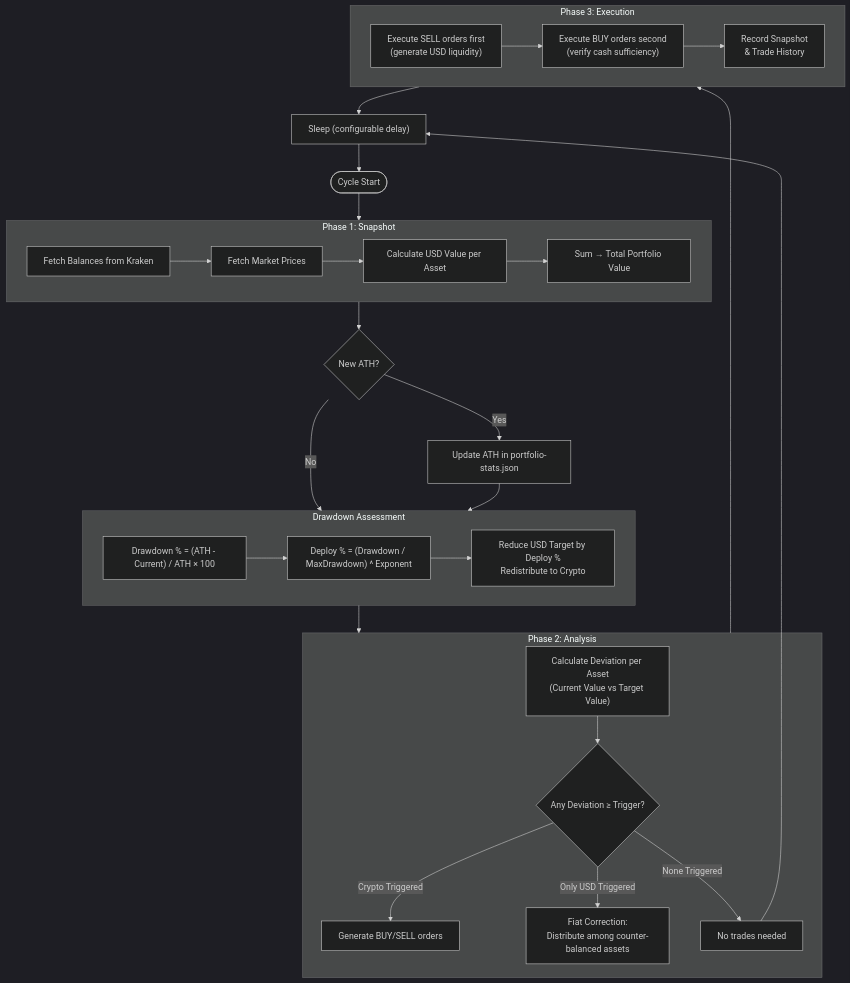
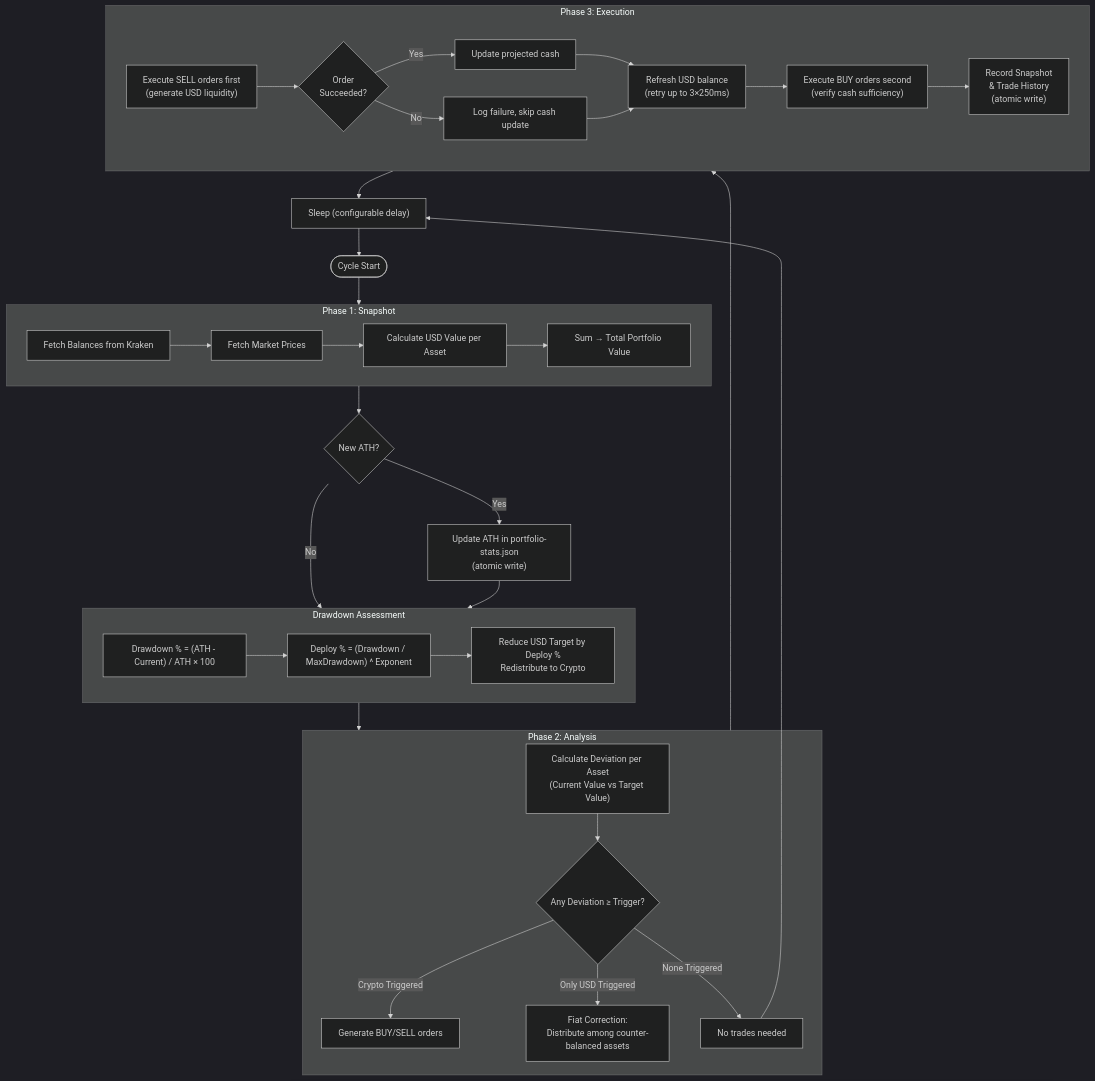
One commit to HyperVon/new-kraken-rebalancer changed the diagram in ALGORITHM.md. Above: the diagram before and after it, drawn with Mermaid (dark theme). The commit also changed other lines of this file and 2 other files, not shown here.

Commit message:
feat: implement atomic file I/O, structured order result handling, robust config validation, and graceful shutdown

````diff
--- a/ALGORITHM.md
+++ b/ALGORITHM.md
@@ -7,42 +7,47 @@
 ```mermaid
 flowchart TD
     START([Cycle Start]) --> SNAP
     
     subgraph SNAP["Phase 1: Snapshot"]
         S1[Fetch Balances from Kraken] --> S2[Fetch Market Prices]
         S2 --> S3["Calculate USD Value per Asset"]
         S3 --> S4["Sum → Total Portfolio Value"]
     end
 
     SNAP --> ATH{New ATH?}
-    ATH -- Yes --> SAVE_ATH[Update ATH in portfolio-stats.json]
+    ATH -- Yes --> SAVE_ATH["Update ATH in portfolio-stats.json\n(atomic write)"]
     ATH -- No --> DD
     SAVE_ATH --> DD
 
     subgraph DD["Drawdown Assessment"]
         DD1["Drawdown % = (ATH - Current) / ATH × 100"]
         DD1 --> DD2["Deploy % = (Drawdown / MaxDrawdown) ^ Exponent"]
         DD2 --> DD3["Reduce USD Target by Deploy %\nRedistribute to Crypto"]
     end
 
     DD --> ANALYSIS
 
     subgraph ANALYSIS["Phase 2: Analysis"]
         A1["Calculate Deviation per Asset\n(Current Value vs Target Value)"]
         A1 --> A2{Any Deviation ≥ Trigger?}
         A2 -- "Crypto Triggered" --> A3["Generate BUY/SELL orders"]
         A2 -- "Only USD Triggered" --> A4["Fiat Correction:\nDistribute among counter-balanced assets"]
         A2 -- "None Triggered" --> SKIP[No trades needed]
     end
 
     ANALYSIS --> EXEC
 
     subgraph EXEC["Phase 3: Execution"]
-        E1["Execute SELL orders first\n(generate USD liquidity)"] --> E2["Execute BUY orders second\n(verify cash sufficiency)"]
-        E2 --> E3["Record Snapshot\n& Trade History"]
+        E1["Execute SELL orders first\n(generate USD liquidity)"] --> E1R{"Order\nSucceeded?"}
+        E1R -- Yes --> E1C["Update projected cash"]
+        E1R -- No --> E1F["Log failure, skip cash update"]
+        E1C --> E2
+        E1F --> E2
+        E2["Refresh USD balance\n(retry up to 3×250ms)"] --> E3["Execute BUY orders second\n(verify cash sufficiency)"]
+        E3 --> E4["Record Snapshot\n& Trade History\n(atomic write)"]
     end
 
     EXEC --> SLEEP["Sleep (configurable delay)"]
     SKIP --> SLEEP
     SLEEP --> START
 ```
````
